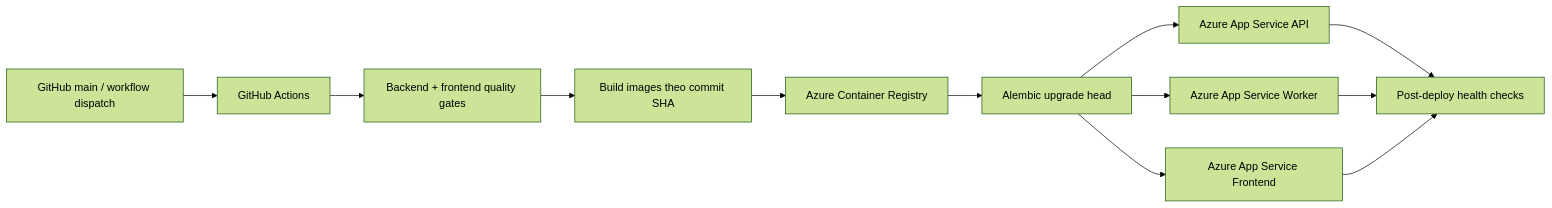
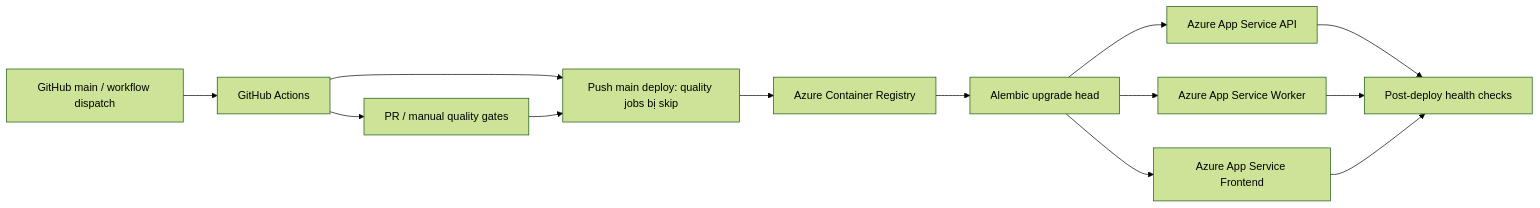
One commit to mhiu05/VDaAgent changed the fifth of 5 diagrams in ARCHITECTURE.md. Above: the diagram before and after it, drawn with Mermaid (forest theme). The commit also changed other lines of this file and 1913 other files, not shown here.

````diff
--- a/ARCHITECTURE.md
+++ b/ARCHITECTURE.md
@@ -264,14 +268,15 @@
 ```mermaid
 flowchart LR
   DEV[GitHub main / workflow dispatch] --> CI[GitHub Actions]
-  CI --> TEST[Backend + frontend quality gates]
-  TEST --> BUILD[Build images theo commit SHA]
+  CI --> TEST[PR / manual quality gates]
+  CI --> BUILD[Push main deploy: quality jobs bị skip]
+  TEST --> BUILD
   BUILD --> ACR[Azure Container Registry]
   ACR --> MIGRATE[Alembic upgrade head]
   MIGRATE --> APIAPP[Azure App Service API]
   MIGRATE --> WORKERAPP[Azure App Service Worker]
   MIGRATE --> FEAPP[Azure App Service Frontend]
   APIAPP --> HEALTH[Post-deploy health checks]
   WORKERAPP --> HEALTH
   FEAPP --> HEALTH
 ```
````
